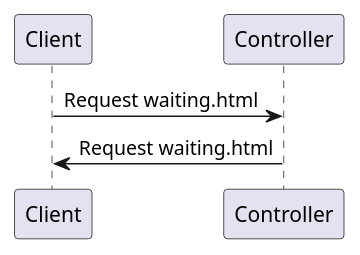
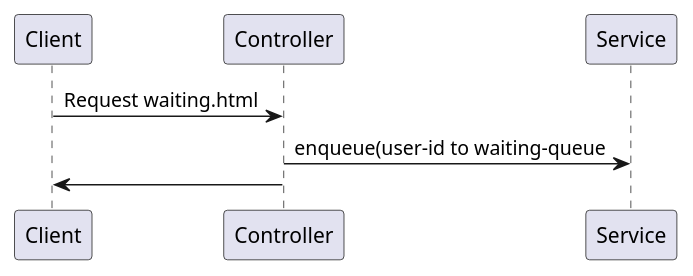
Before and after one commit to yanghoon/obsidian-workspace: the diagram in _diary/2024-06-08.md, drawn with PlantUML.

Commit message:
vault backup: 2024-06-08 14:08:38

````diff
--- a/_diary/2024-06-08.md
+++ b/_diary/2024-06-08.md
@@ -5,4 +5,5 @@
 ```plantuml
 Client -> Controller: Request waiting.html
-Client <- Controller: Request waiting.html
+Controller -> Service: enqueue(user-id to waiting-queue
+Client <- Controller
 ```
````
